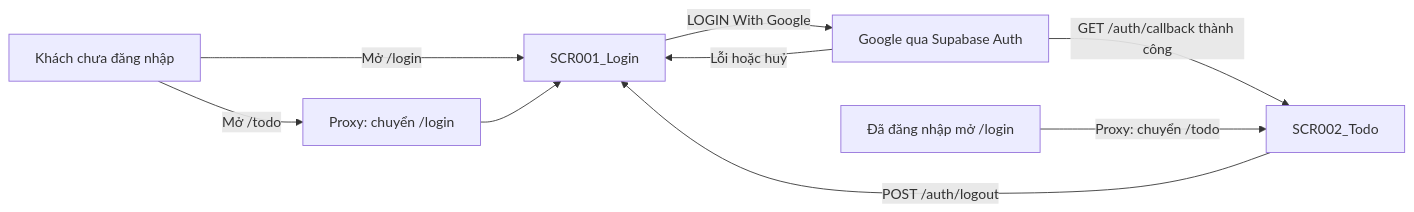
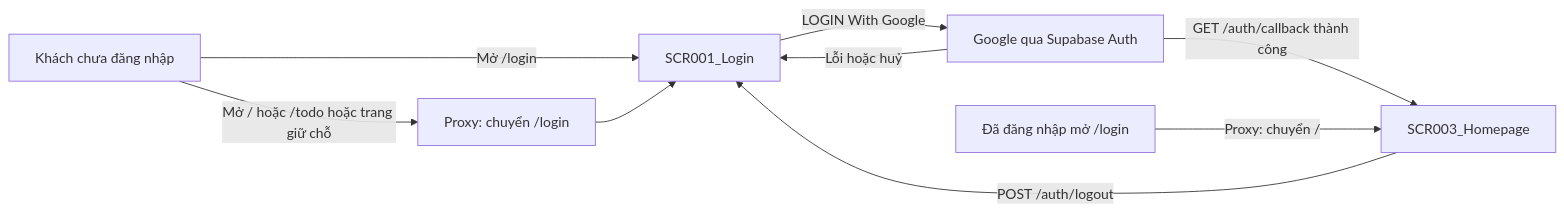
One commit to ngocnv-0940/agentic-coding-hands-on changed the second of 2 diagrams in docs/generated/screen-flow.md. Above: the diagram before and after it, drawn with Mermaid. The commit also changed other lines of this file and 19 other files, not shown here.

````diff
--- a/docs/generated/screen-flow.md
+++ b/docs/generated/screen-flow.md
@@ -94,11 +118,11 @@
 ```mermaid
 graph LR
     A["Khách chưa đăng nhập"] -->|"Mở /login"| B["SCR001_Login"]
-    A -->|"Mở /todo"| C["Proxy: chuyển /login"]
+    A -->|"Mở / hoặc /todo hoặc trang giữ chỗ"| C["Proxy: chuyển /login"]
     C --> B
     B -->|"LOGIN With Google"| D["Google qua Supabase Auth"]
-    D -->|"GET /auth/callback thành công"| E["SCR002_Todo"]
+    D -->|"GET /auth/callback thành công"| E["SCR003_Homepage"]
     D -->|"Lỗi hoặc huỷ"| B
     E -->|"POST /auth/logout"| B
-    F["Đã đăng nhập mở /login"] -->|"Proxy: chuyển /todo"| E
+    F["Đã đăng nhập mở /login"] -->|"Proxy: chuyển /"| E
 ```
````
